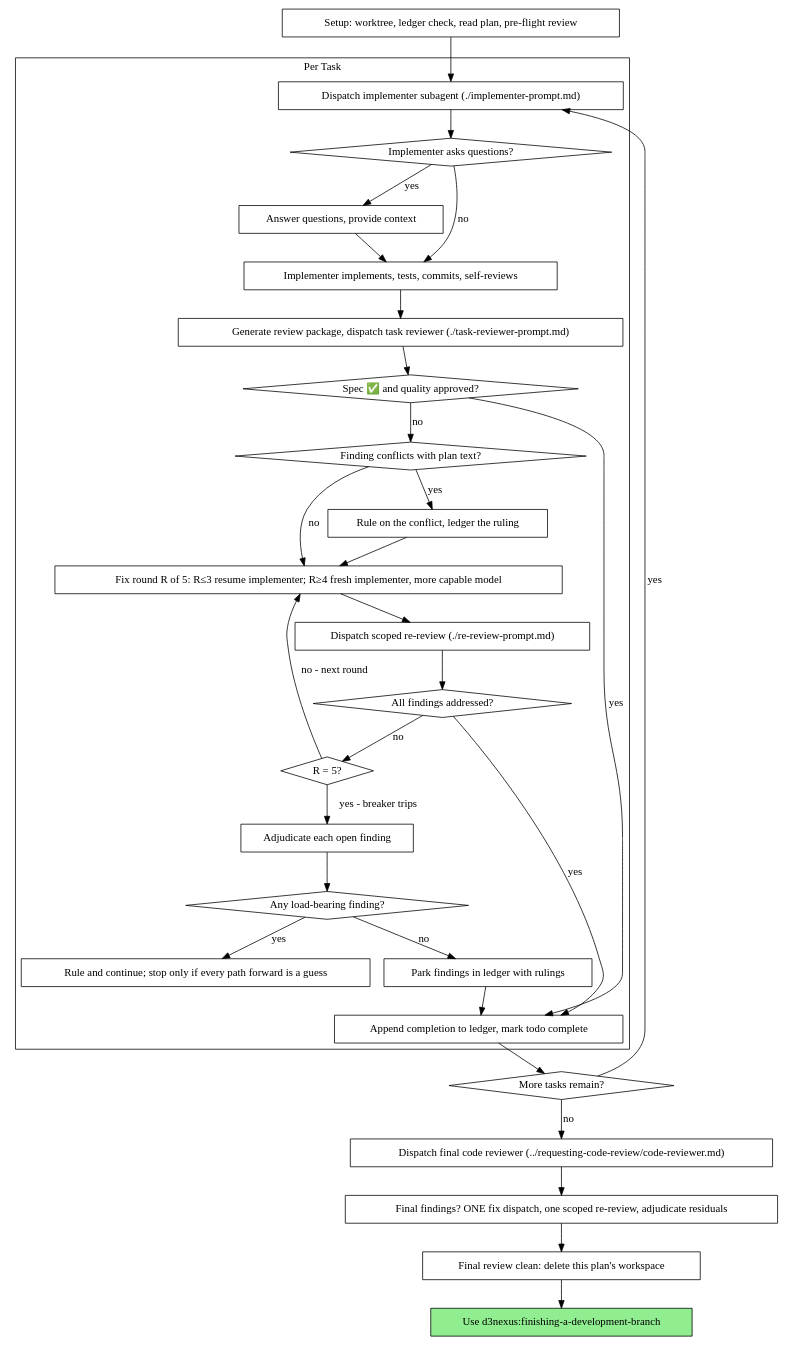
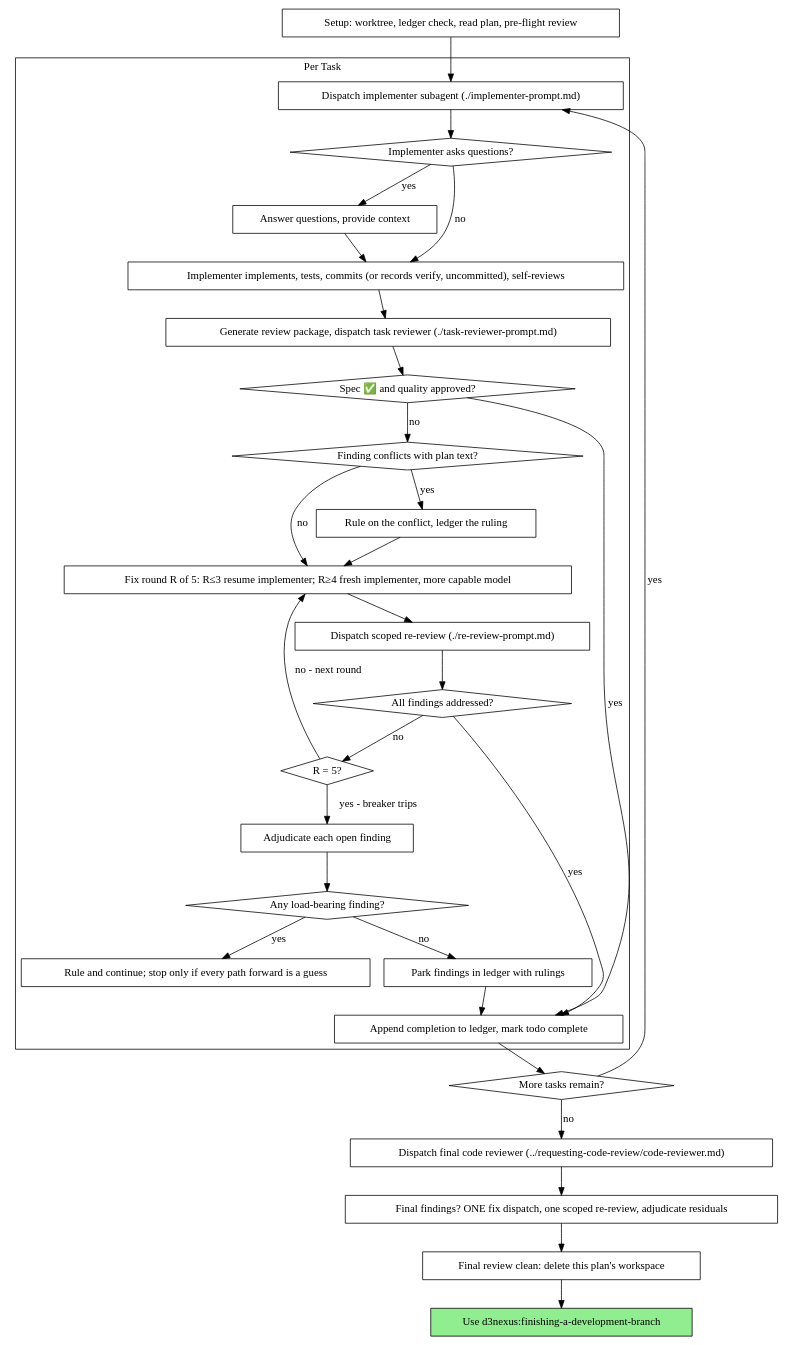
The second of 2 diagrams in skills/subagent-driven-development/SKILL.md (DanhDue/ai-agent-tools), drawn with Graphviz before and after one commit. The commit also changed other lines of this file and 18 other files, not shown here.

First line of the commit message:
[VERIFIABLE_TASK_HANDOFF] Fix final review findings

````diff
--- a/skills/subagent-driven-development/SKILL.md
+++ b/skills/subagent-driven-development/SKILL.md
@@ -61,62 +61,62 @@
 ```dot
 digraph process {
     rankdir=TB;
 
     subgraph cluster_per_task {
         label="Per Task";
         "Dispatch implementer subagent (./implementer-prompt.md)" [shape=box];
         "Implementer asks questions?" [shape=diamond];
         "Answer questions, provide context" [shape=box];
-        "Implementer implements, tests, commits, self-reviews" [shape=box];
+        "Implementer implements, tests, commits (or records verify, uncommitted), self-reviews" [shape=box];
         "Generate review package, dispatch task reviewer (./task-reviewer-prompt.md)" [shape=box];
         "Spec ✅ and quality approved?" [shape=diamond];
         "Finding conflicts with plan text?" [shape=diamond];
         "Rule on the conflict, ledger the ruling" [shape=box];
         "Fix round R of 5: R≤3 resume implementer; R≥4 fresh implementer, more capable model" [shape=box];
         "Dispatch scoped re-review (./re-review-prompt.md)" [shape=box];
         "All findings addressed?" [shape=diamond];
         "R = 5?" [shape=diamond];
         "Adjudicate each open finding" [shape=box];
         "Any load-bearing finding?" [shape=diamond];
         "Rule and continue; stop only if every path forward is a guess" [shape=box];
         "Park findings in ledger with rulings" [shape=box];
         "Append completion to ledger, mark todo complete" [shape=box];
     }
 
     "Setup: worktree, ledger check, read plan, pre-flight review" [shape=box];
     "More tasks remain?" [shape=diamond];
     "Dispatch final code reviewer (../requesting-code-review/code-reviewer.md)" [shape=box];
     "Final findings? ONE fix dispatch, one scoped re-review, adjudicate residuals" [shape=box];
     "Final review clean: delete this plan's workspace" [shape=box];
     "Use d3nexus:finishing-a-development-branch" [shape=box style=filled fillcolor=lightgreen];
 
     "Setup: worktree, ledger check, read plan, pre-flight review" -> "Dispatch implementer subagent (./implementer-prompt.md)";
     "Dispatch implementer subagent (./implementer-prompt.md)" -> "Implementer asks questions?";
     "Implementer asks questions?" -> "Answer questions, provide context" [label="yes"];
-    "Answer questions, provide context" -> "Implementer implements, tests, commits, self-reviews";
-    "Implementer asks questions?" -> "Implementer implements, tests, commits, self-reviews" [label="no"];
-    "Implementer implements, tests, commits, self-reviews" -> "Generate review package, dispatch task reviewer (./task-reviewer-prompt.md)";
+    "Answer questions, provide context" -> "Implementer implements, tests, commits (or records verify, uncommitted), self-reviews";
+    "Implementer asks questions?" -> "Implementer implements, tests, commits (or records verify, uncommitted), self-reviews" [label="no"];
+    "Implementer implements, tests, commits (or records verify, uncommitted), self-reviews" -> "Generate review package, dispatch task reviewer (./task-reviewer-prompt.md)";
     "Generate review package, dispatch task reviewer (./task-reviewer-prompt.md)" -> "Spec ✅ and quality approved?";
     "Spec ✅ and quality approved?" -> "Append completion to ledger, mark todo complete" [label="yes"];
     "Spec ✅ and quality approved?" -> "Finding conflicts with plan text?" [label="no"];
     "Finding conflicts with plan text?" -> "Rule on the conflict, ledger the ruling" [label="yes"];
     "Rule on the conflict, ledger the ruling" -> "Fix round R of 5: R≤3 resume implementer; R≥4 fresh implementer, more capable model";
     "Finding conflicts with plan text?" -> "Fix round R of 5: R≤3 resume implementer; R≥4 fresh implementer, more capable model" [label="no"];
     "Fix round R of 5: R≤3 resume implementer; R≥4 fresh implementer, more capable model" -> "Dispatch scoped re-review (./re-review-prompt.md)";
     "Dispatch scoped re-review (./re-review-prompt.md)" -> "All findings addressed?";
     "All findings addressed?" -> "Append completion to ledger, mark todo complete" [label="yes"];
     "All findings addressed?" -> "R = 5?" [label="no"];
     "R = 5?" -> "Fix round R of 5: R≤3 resume implementer; R≥4 fresh implementer, more capable model" [label="no - next round"];
     "R = 5?" -> "Adjudicate each open finding" [label="yes - breaker trips"];
     "Adjudicate each open finding" -> "Any load-bearing finding?";
     "Any load-bearing finding?" -> "Rule and continue; stop only if every path forward is a guess" [label="yes"];
     "Any load-bearing finding?" -> "Park findings in ledger with rulings" [label="no"];
     "Park findings in ledger with rulings" -> "Append completion to ledger, mark todo complete";
     "Append completion to ledger, mark todo complete" -> "More tasks remain?";
     "More tasks remain?" -> "Dispatch implementer subagent (./implementer-prompt.md)" [label="yes"];
     "More tasks remain?" -> "Dispatch final code reviewer (../requesting-code-review/code-reviewer.md)" [label="no"];
     "Dispatch final code reviewer (../requesting-code-review/code-reviewer.md)" -> "Final findings? ONE fix dispatch, one scoped re-review, adjudicate residuals";
     "Final findings? ONE fix dispatch, one scoped re-review, adjudicate residuals" -> "Final review clean: delete this plan's workspace";
     "Final review clean: delete this plan's workspace" -> "Use d3nexus:finishing-a-development-branch";
 }
 ```
````
